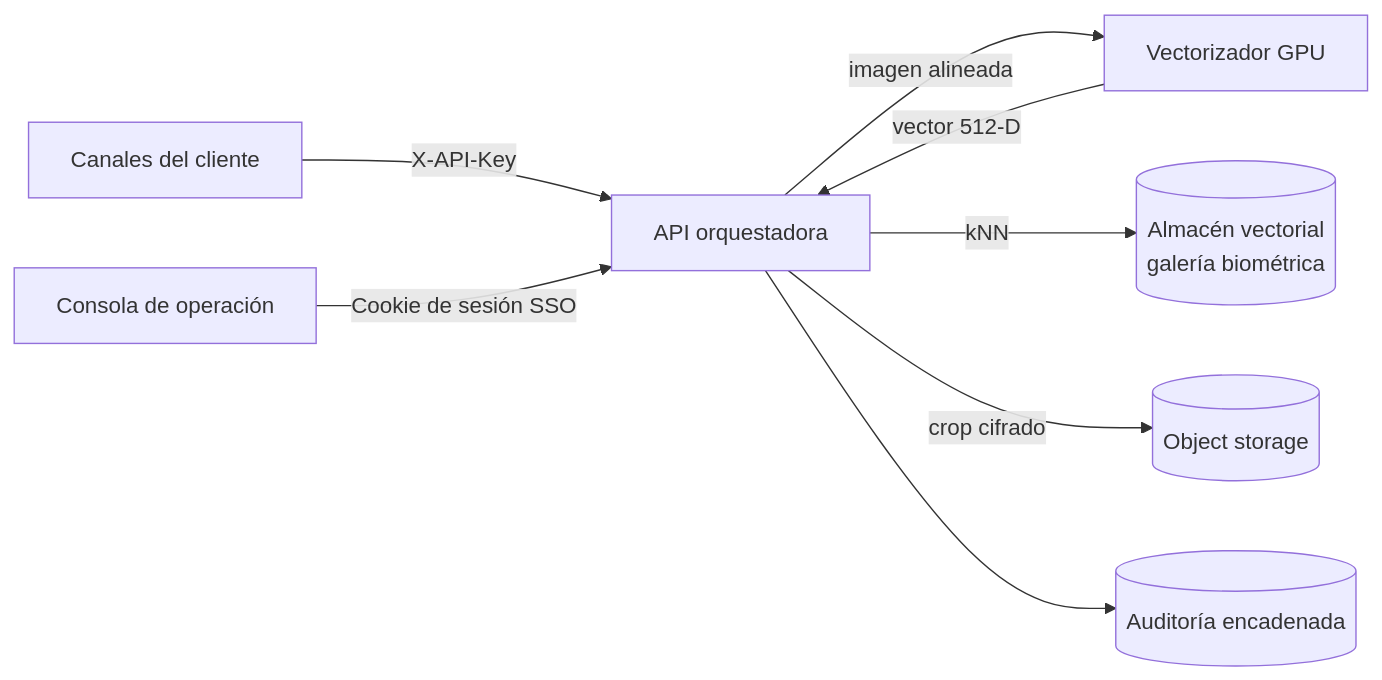
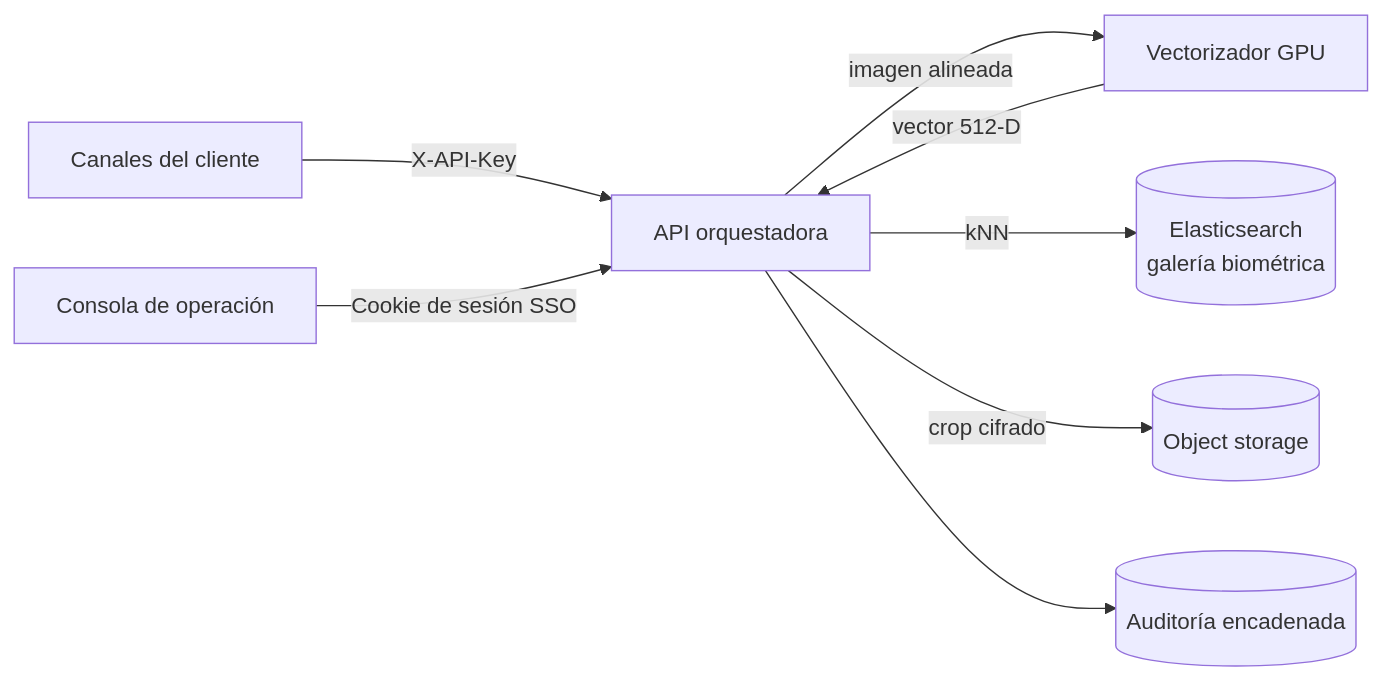
One commit to jaak-ai/jaak-web changed the diagram in content/docs/alnitak/arquitectura.mdx. Above: the diagram before and after it, drawn with Mermaid. The commit also changed other lines of this file and 18 other files, not shown here.

````diff
--- a/content/docs/alnitak/arquitectura.mdx
+++ b/content/docs/alnitak/arquitectura.mdx
@@ -23,10 +35,10 @@
 ```mermaid
 flowchart LR
   C[Canales del cliente] -->|X-API-Key| A[API orquestadora]
   O[Consola de operación] -->|Cookie de sesión SSO| A
   A -->|imagen alineada| V[Vectorizador GPU]
   V -->|vector 512-D| A
-  A -->|kNN| E[(Almacén vectorial<br/>galería biométrica)]
+  A -->|kNN| E[(Elasticsearch<br/>galería biométrica)]
   A -->|crop cifrado| S[(Object storage)]
   A --> AU[(Auditoría encadenada)]
 ```
````
